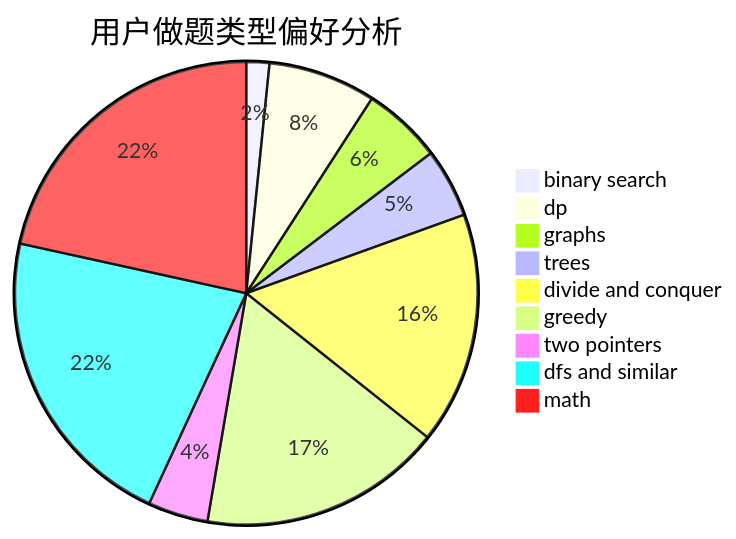
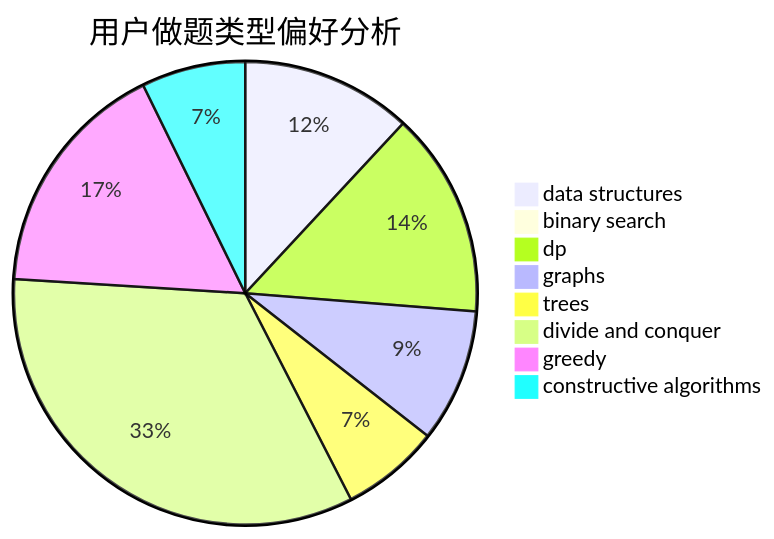
The second of 3 diagrams in docs/user/u1105.md (sherpahu/cfrs.github.io), drawn with Mermaid before and after one commit. The commit also changed other lines of this file and 2775 other files, not shown here.

````diff
--- a/docs/user/u1105.md
+++ b/docs/user/u1105.md
@@ -23,12 +23,11 @@
 ```mermaid
 pie title 用户做题类型偏好分析
-    "binary search" :  18
-    "dp" :  84
-    "graphs" :  62
-    "trees" :  54
-    "divide and conquer" :  181
-    "greedy" :  190
-    "two pointers" :  47
-    "dfs and similar" :  241
-    "math" :  241
+    "data structures" :  64
+    "binary search" :  1
+    "dp" :  77
+    "graphs" :  50
+    "trees" :  37
+    "divide and conquer" :  180
+    "greedy" :  90
+    "constructive algorithms" :  39
 ```
````
